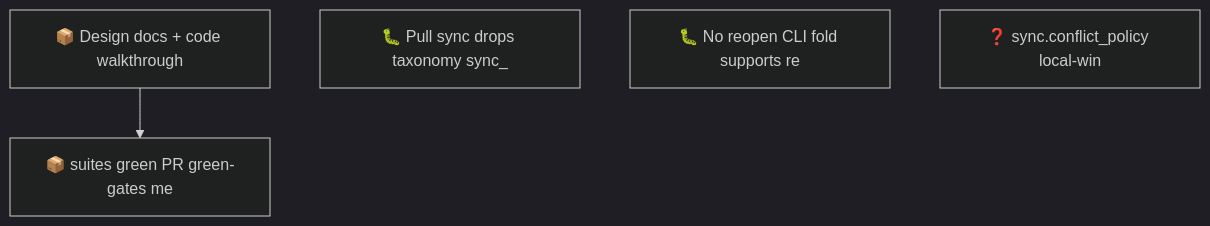
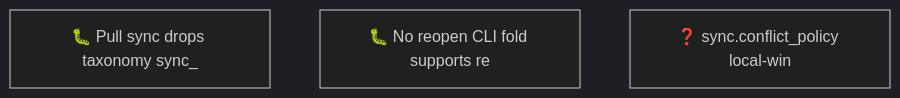
Before and after one commit to SpillwaveSolutions/wiki_ticket_sdd: the second of 2 diagrams in docs/roadmap.md, drawn with Mermaid (dark theme). The commit also changed other lines of this file and 1 other file, not shown here.

First line of the commit message:
chore: close design-docs plan items (PR #61 merged); sync

````diff
--- a/docs/roadmap.md
+++ b/docs/roadmap.md
@@ -62,9 +53,6 @@
 ```mermaid
 graph TD
-    01KXY7X0QH47Z6B5QZD5G052FJ["📦 Design docs + code walkthrough"]
-    01KXY7X0QJ79852RFK5Q8F6FZM["📦 suites green PR green-gates me"]
     01KXY8V5WZJ4E76B3D39KW5DCE["🐛 Pull sync drops taxonomy sync_"]
     01KXY8V62QH1H1V70M0Y08ARXX["🐛 No reopen CLI fold supports re"]
     01KXY8V686YPK4ET2XFB2KW2RX["❓ sync.conflict_policy local-win"]
-    01KXY7X0QH47Z6B5QZD5G052FJ --> 01KXY7X0QJ79852RFK5Q8F6FZM
 ```
````
